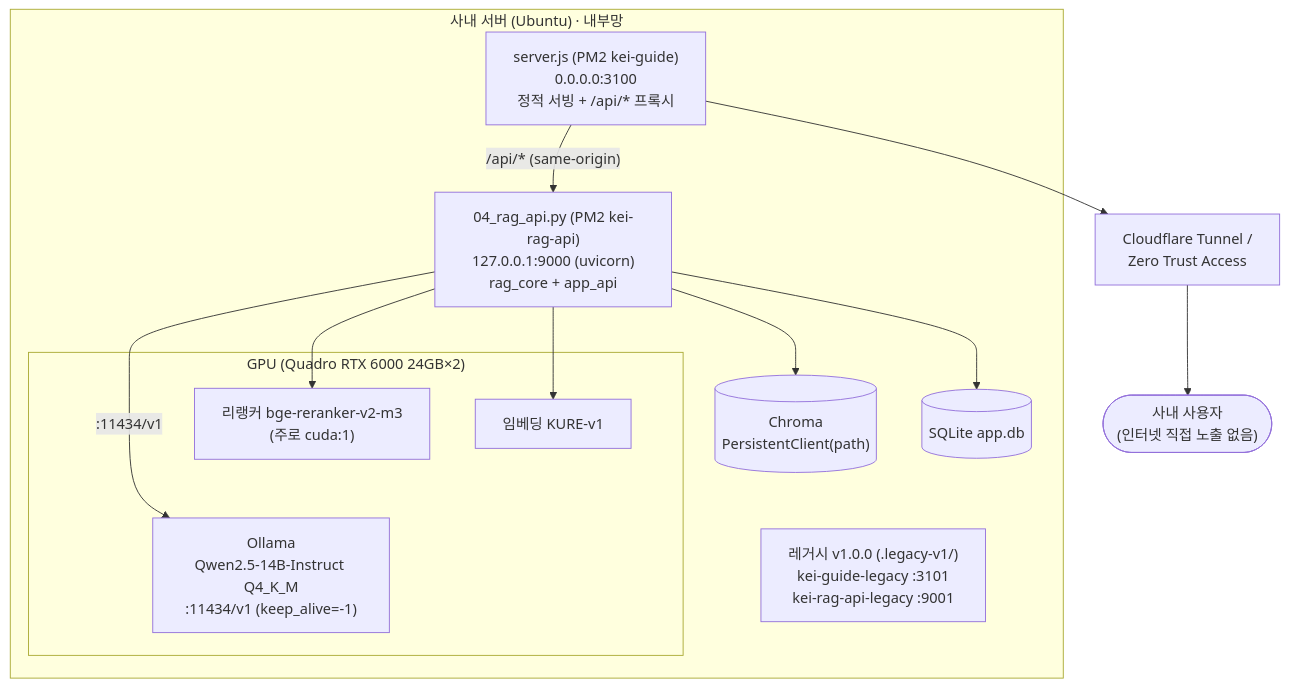
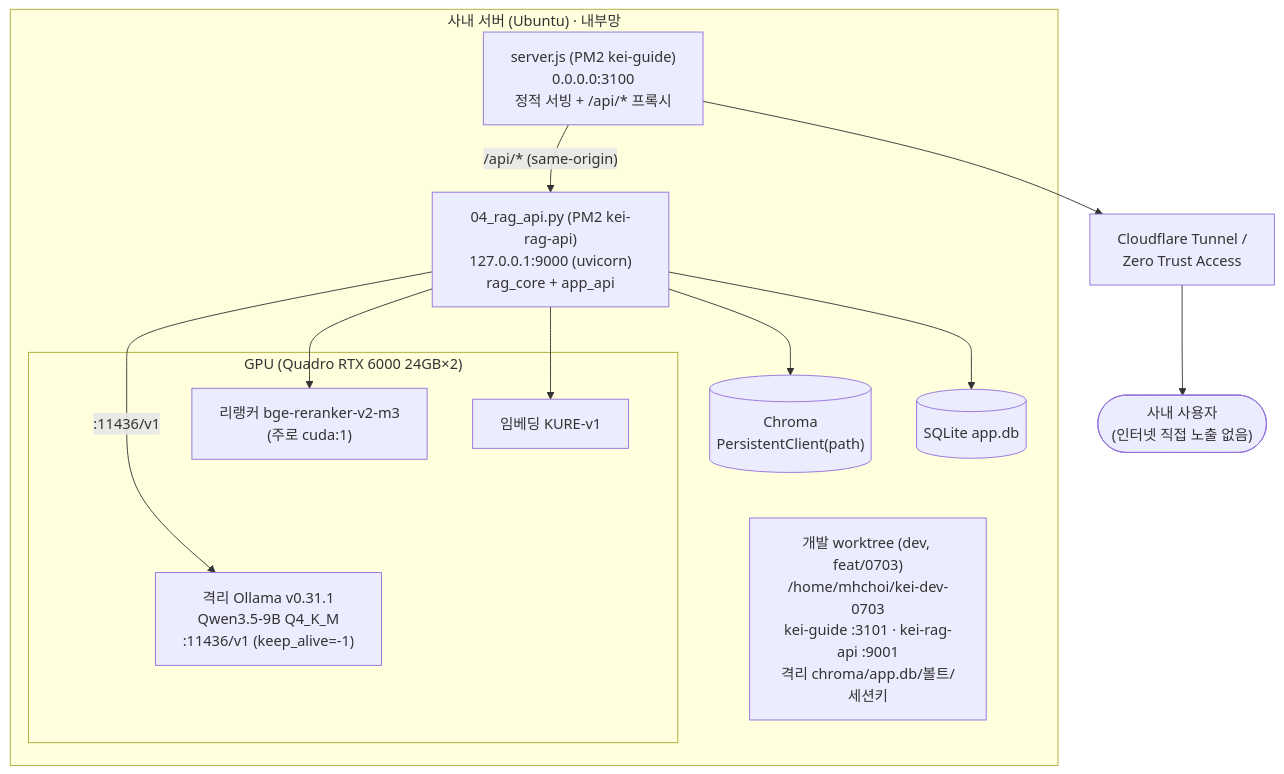
Before and after one commit to mooner92/KEIAdminSuperv: the fourth of 4 diagrams in docs/02-architecture.md, drawn with Mermaid. The commit also changed other lines of this file and 17 other files, not shown here.

First line of the commit message:
docs: README + docs 전체 최신화 — Qwen3.5/Ollama·Next.js+TDS·7시스템·신규 플래그

````diff
--- a/docs/02-architecture.md
+++ b/docs/02-architecture.md
@@ -201,27 +201,27 @@
 ```mermaid
 flowchart TB
     subgraph HOST["사내 서버 (Ubuntu) · 내부망"]
         subgraph GPU["GPU (Quadro RTX 6000 24GB×2)"]
-            OLLAMA["Ollama<br/>Qwen2.5-14B-Instruct Q4_K_M<br/>:11434/v1 (keep_alive=-1)"]
+            OLLAMA["격리 Ollama v0.31.1<br/>Qwen3.5-9B Q4_K_M<br/>:11436/v1 (keep_alive=-1)"]
             EMB["임베딩 KURE-v1"]
             RERANK["리랭커 bge-reranker-v2-m3<br/>(주로 cuda:1)"]
         end
         SERVER["server.js (PM2 kei-guide)<br/>0.0.0.0:3100<br/>정적 서빙 + /api/* 프록시"]
         RAG["04_rag_api.py (PM2 kei-rag-api)<br/>127.0.0.1:9000 (uvicorn)<br/>rag_core + app_api"]
         CHR[("Chroma<br/>PersistentClient(path)")]
         DB[("SQLite app.db")]
-        LEGACY["레거시 v1.0.0 (.legacy-v1/)<br/>kei-guide-legacy :3101<br/>kei-rag-api-legacy :9001"]
+        DEV["개발 worktree (dev, feat/0703)<br/>/home/mhchoi/kei-dev-0703<br/>kei-guide :3101 · kei-rag-api :9001<br/>격리 chroma/app.db/볼트/세션키"]
     end
 
     CFT["Cloudflare Tunnel /<br/>Zero Trust Access"]
 
     SERVER -- "/api/* (same-origin)" --> RAG
     RAG --> EMB
     RAG --> RERANK
     RAG --> CHR
     RAG --> DB
-    RAG -- ":11434/v1" --> OLLAMA
+    RAG -- ":11436/v1" --> OLLAMA
     EMB --- GPU
     SERVER --> CFT
     CFT --> NET(["사내 사용자<br/>(인터넷 직접 노출 없음)"])
 ```
````
